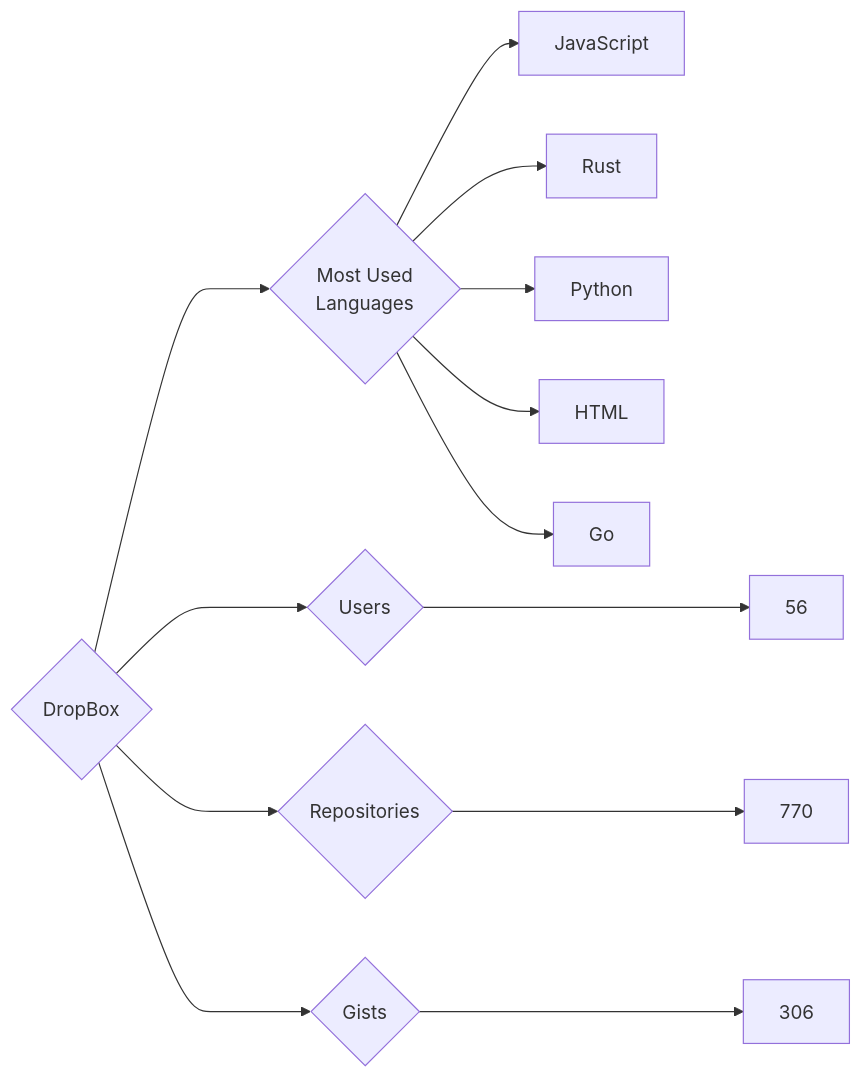
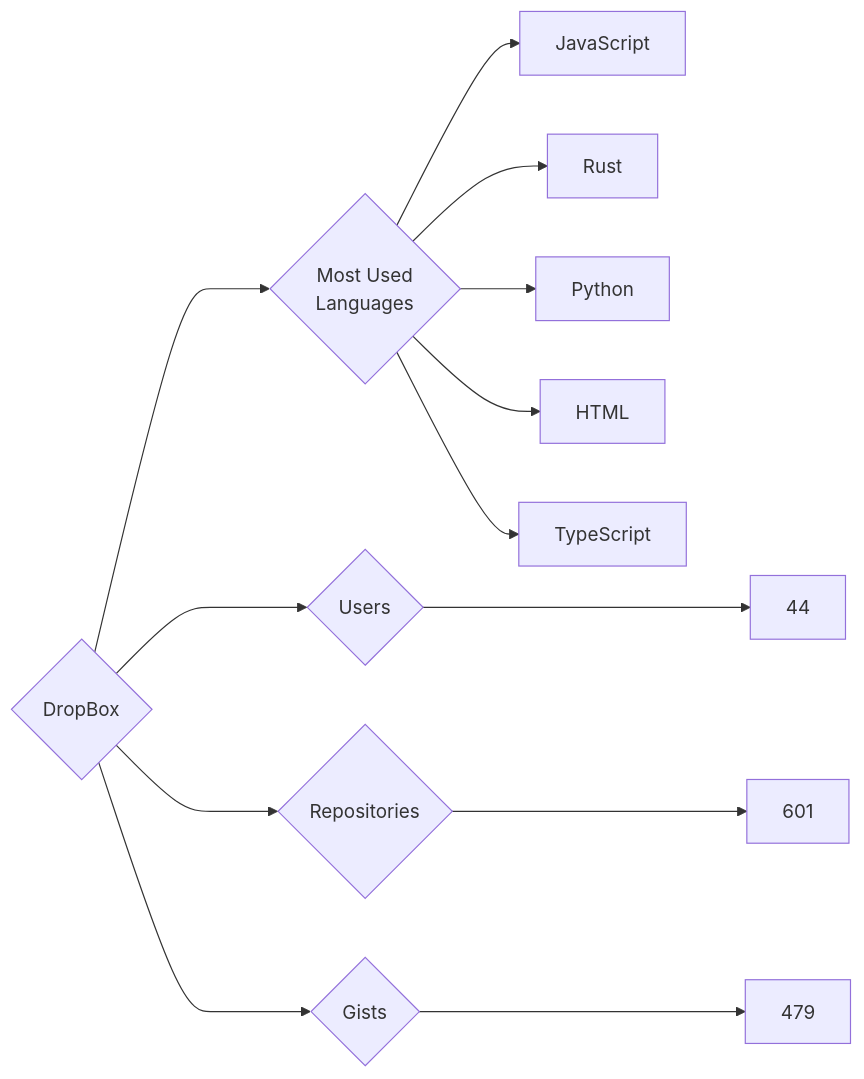
One commit to trickest/insiders changed the diagram in targets/DropBox/README.md. Above: the diagram before and after it, drawn with Mermaid. The commit also changed 984 other files, not shown here.

````diff
--- a/targets/DropBox/README.md
+++ b/targets/DropBox/README.md
@@ -3,13 +3,13 @@
 ```mermaid
 graph LR
 COMPANY_NAME{DropBox}
-COMPANY_NAME ---> U{Users} ---> UN[56]
-COMPANY_NAME ---> R{Repositories} ---> RN[770]
-COMPANY_NAME ---> G{Gists} ---> GN[306]
+COMPANY_NAME ---> U{Users} ---> UN[44]
+COMPANY_NAME ---> R{Repositories} ---> RN[601]
+COMPANY_NAME ---> G{Gists} ---> GN[479]
 COMPANY_NAME ---> ML{Most Used<br>Languages}
 ML --> JavaScript[JavaScript]
 ML --> Rust[Rust]
 ML --> Python[Python]
 ML --> HTML[HTML]
-ML --> Go[Go]
+ML --> TypeScript[TypeScript]
 ```
````
